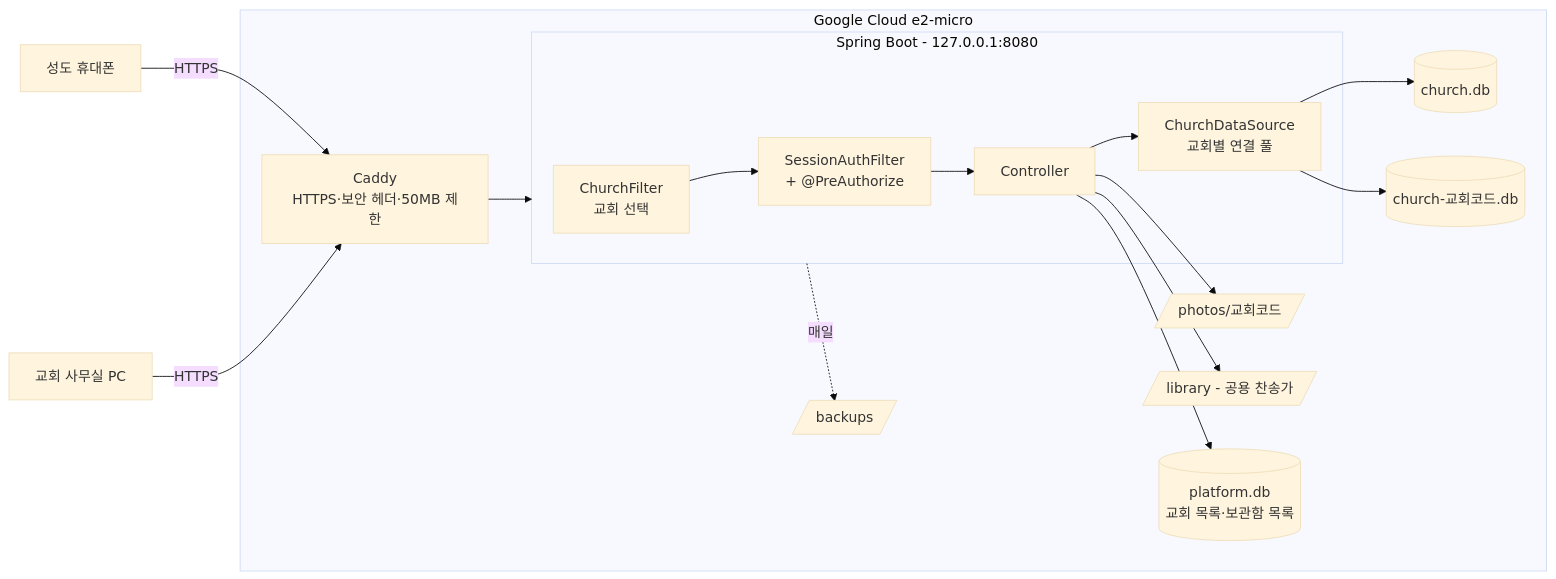
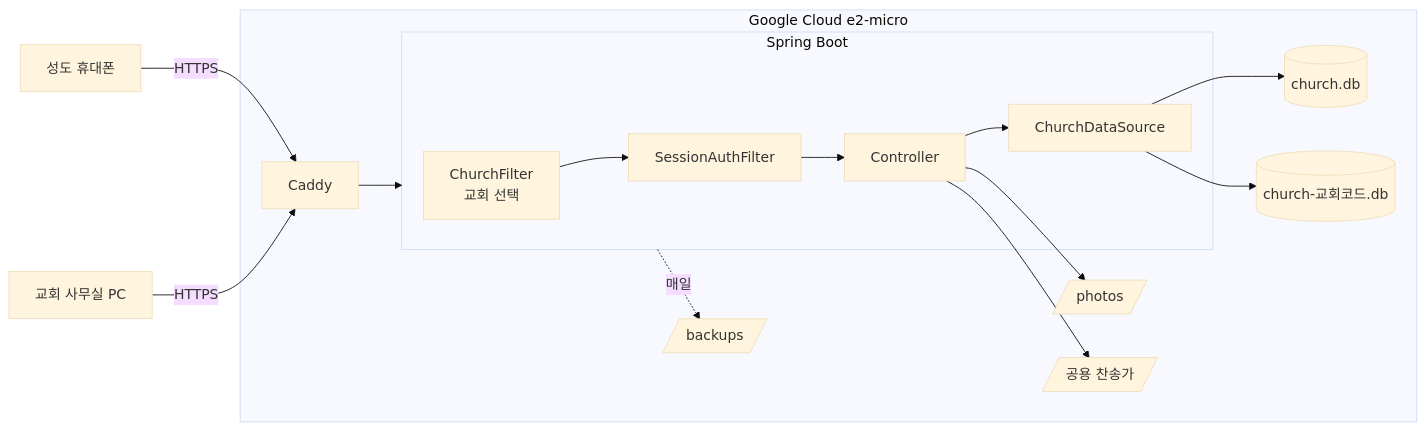
Before and after one commit to swh7j/churchService: the diagram in README.md, drawn with Mermaid (base theme). The commit also changed other lines of this file and 1 other file, not shown here.

````diff
--- a/README.md
+++ b/README.md
@@ -60,19 +50,18 @@
 ```mermaid
 flowchart LR
   P[성도 휴대폰] -- HTTPS --> C
   A[교회 사무실 PC] -- HTTPS --> C
   subgraph S[Google Cloud e2-micro]
-    C[Caddy<br/>HTTPS·보안 헤더·50MB 제한] --> J
-    subgraph J[Spring Boot - 127.0.0.1:8080]
-      F[ChurchFilter<br/>교회 선택] --> SEC[SessionAuthFilter<br/>+ @PreAuthorize]
+    C[Caddy] --> J
+    subgraph J[Spring Boot]
+      F[ChurchFilter<br/>교회 선택] --> SEC[SessionAuthFilter]
       SEC --> API[Controller]
-      API --> DS[ChurchDataSource<br/>교회별 연결 풀]
+      API --> DS[ChurchDataSource]
     end
     DS --> D1[(church.db)]
     DS --> D2[(church-교회코드.db)]
-    API --> PH[/photos/교회코드/]
-    API --> LIB[/library - 공용 찬송가/]
-    API --> PDB[(platform.db<br/>교회 목록·보관함 목록)]
+    API --> PH[/photos/]
+    API --> LIB[/공용 찬송가/]
     J -. 매일 .-> B[/backups/]
   end
 ```
````
